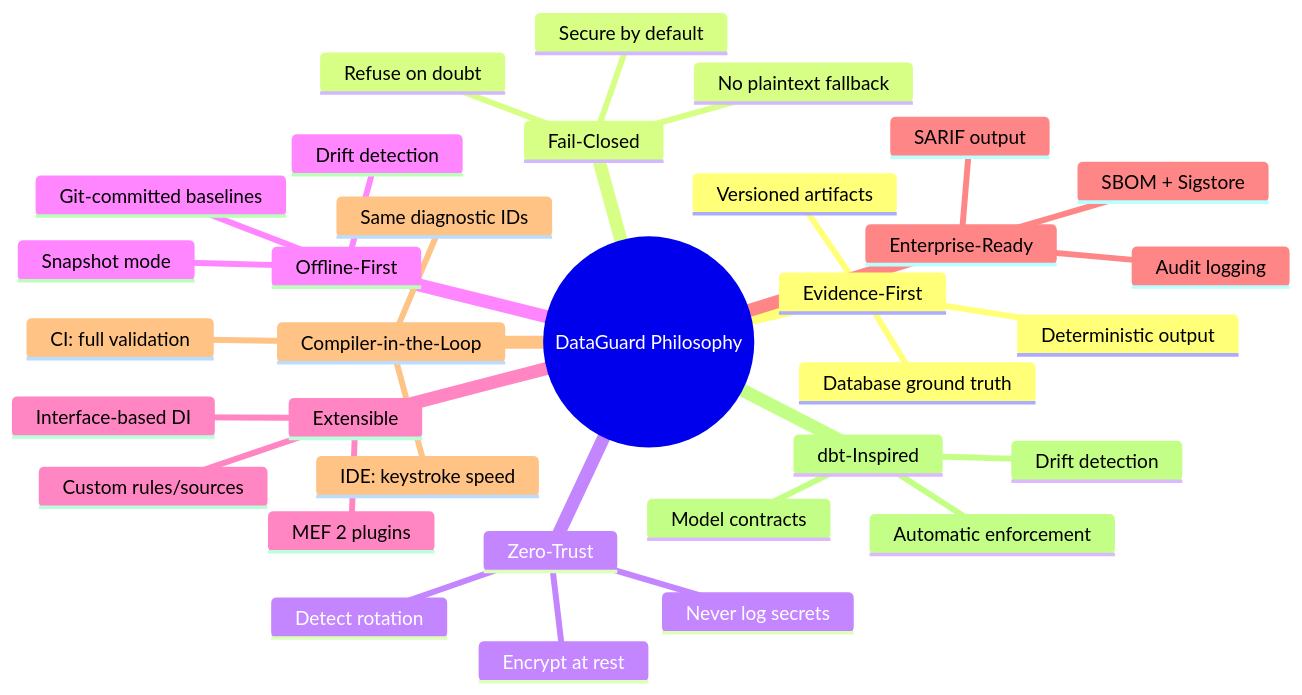
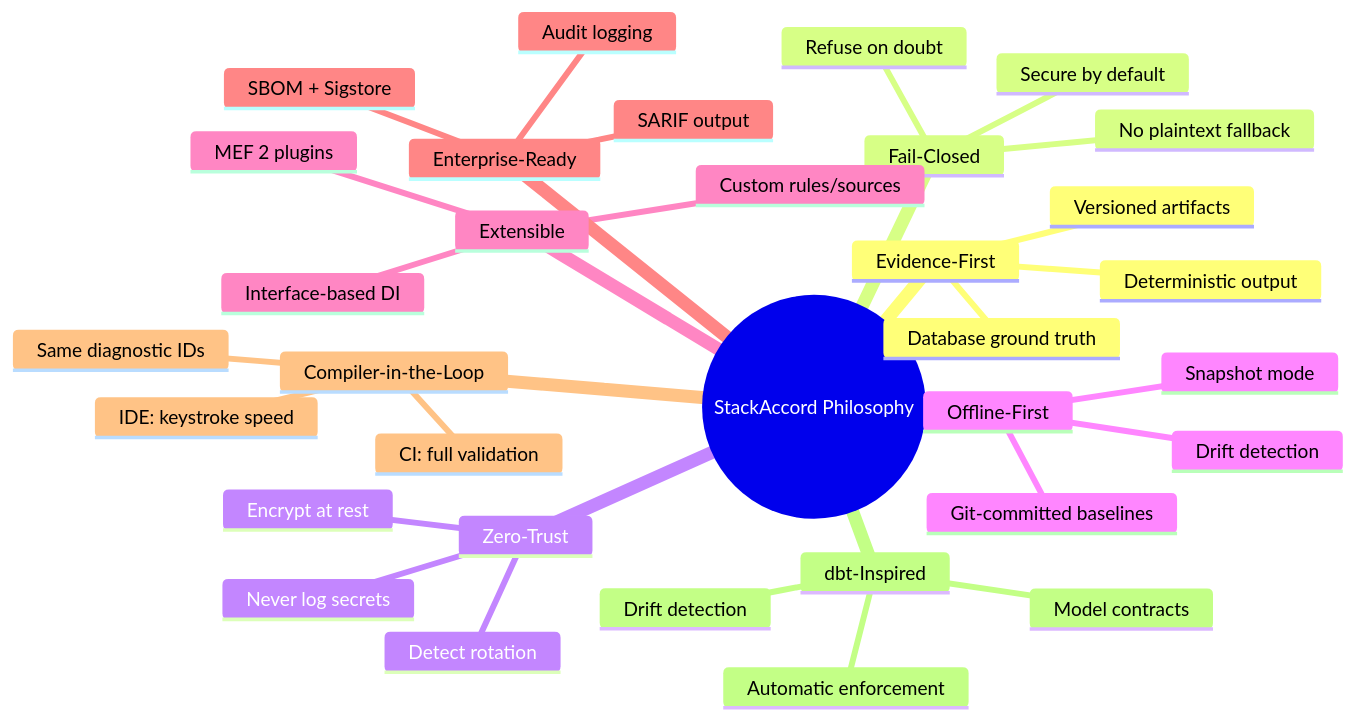
One commit to thanhnt-sm/eco_support_net_oracle changed the eighth of 8 diagrams in docs/02-architecture/design-philosophy.md. Above: the diagram before and after it, drawn with Mermaid. The commit also changed other lines of this file and 115 other files, not shown here.

Commit message:
fix(branding): align StackAccord docs and release copy

````diff
--- a/docs/02-architecture/design-philosophy.md
+++ b/docs/02-architecture/design-philosophy.md
@@ -266,36 +266,36 @@
 ```mermaid
 mindmap
-  root((DataGuard Philosophy))
+  root((StackAccord Philosophy))
     Evidence-First
       Database ground truth
       Versioned artifacts
       Deterministic output
     Fail-Closed
       No plaintext fallback
       Refuse on doubt
       Secure by default
     Zero-Trust
       Never log secrets
       Encrypt at rest
       Detect rotation
     Offline-First
       Snapshot mode
       Git-committed baselines
       Drift detection
     Extensible
       MEF 2 plugins
       Interface-based DI
       Custom rules/sources
     Enterprise-Ready
       SARIF output
       Audit logging
       SBOM + Sigstore
     Compiler-in-the-Loop
       IDE: keystroke speed
       CI: full validation
       Same diagnostic IDs
     dbt-Inspired
       Model contracts
       Automatic enforcement
       Drift detection
 ```
````
